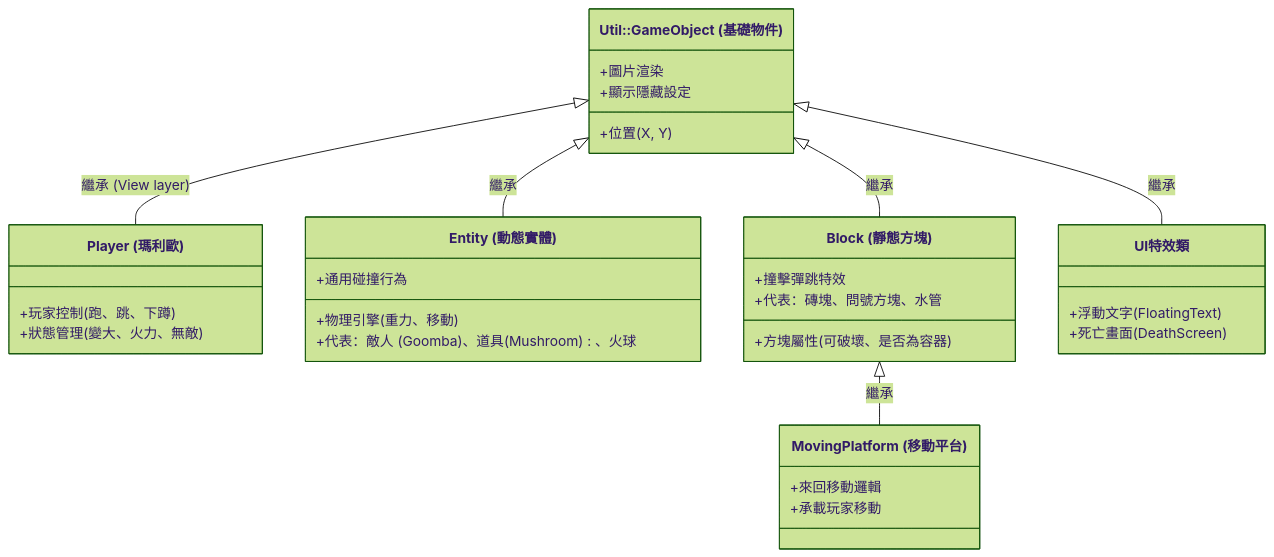
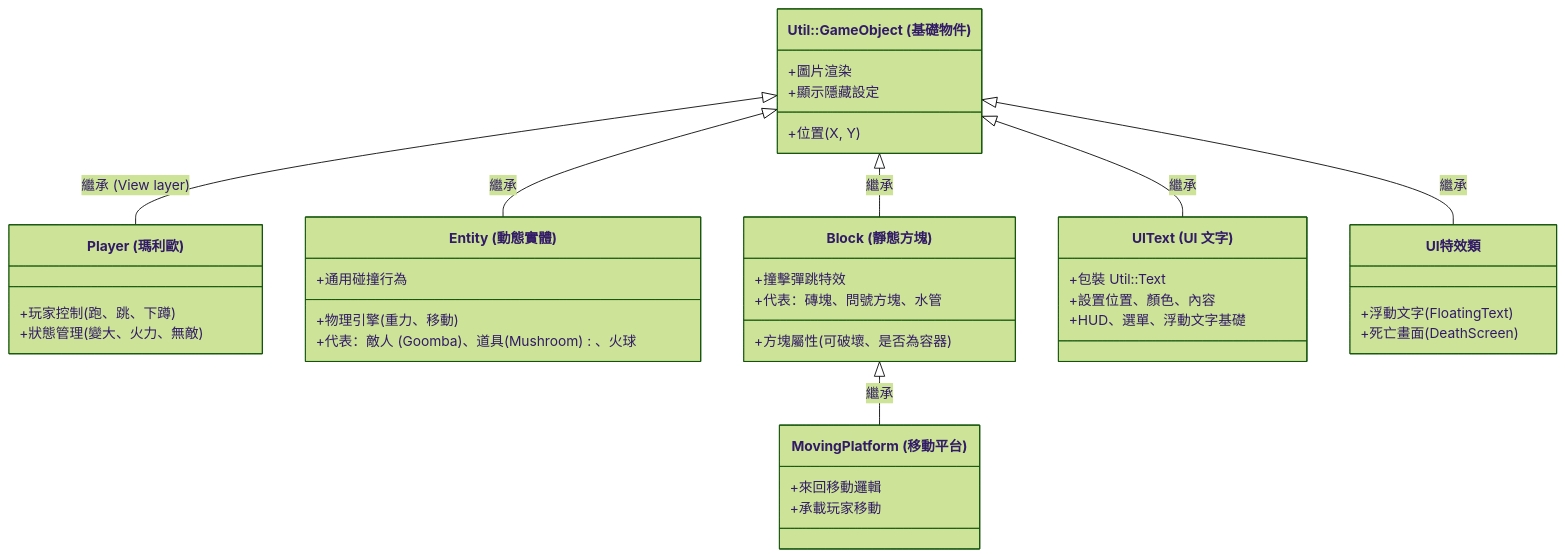
Before and after one commit to Andy87877/NTUT_OOPL_mario: the first of 15 diagrams in Constructure.md, drawn with Mermaid (forest theme). The commit also changed other lines of this file and 62 other files, not shown here.

````diff
--- a/Constructure.md
+++ b/Constructure.md
@@ -13,46 +13,53 @@
 ```mermaid
 classDiagram
     direction TB
 
     %% 基礎物件
     class GameObject["Util::GameObject (基礎物件)"] {
         +位置 (X, Y)
         +圖片渲染
         +顯示隱藏設定
     }
 
     %% 衍生類別
     class Player["Player (瑪利歐)"] {
         +玩家控制 (跑、跳、下蹲)
         +狀態管理 (變大、火力、無敵)
     }
 
     class Entity["Entity (動態實體)"] {
         +物理引擎 (重力、移動)
         +通用碰撞行為
         +代表：敵人 (Goomba)、道具 (Mushroom)、火球
     }
 
     class Block["Block (靜態方塊)"] {
         +方塊屬性 (可破壞、是否為容器)
         +撞擊彈跳特效
         +代表：磚塊、問號方塊、水管
     }
 
     class MovingPlatform["MovingPlatform (移動平台)"] {
         +來回移動邏輯
         +承載玩家移動
     }
 
+    class UIText["UIText (UI 文字)"] {
+        +包裝 Util::Text
+        +設置位置、顏色、內容
+        +HUD、選單、浮動文字基礎
+    }
+
     class UIElement["UI特效類"] {
         +浮動文字 (FloatingText)
         +死亡畫面 (DeathScreen)
     }
 
     %% 繼承關係
     GameObject <|-- Player : 繼承 (View layer)
     GameObject <|-- Entity : 繼承
     GameObject <|-- Block : 繼承
+    GameObject <|-- UIText : 繼承
     GameObject <|-- UIElement : 繼承
     Block <|-- MovingPlatform : 繼承
 ```
````
